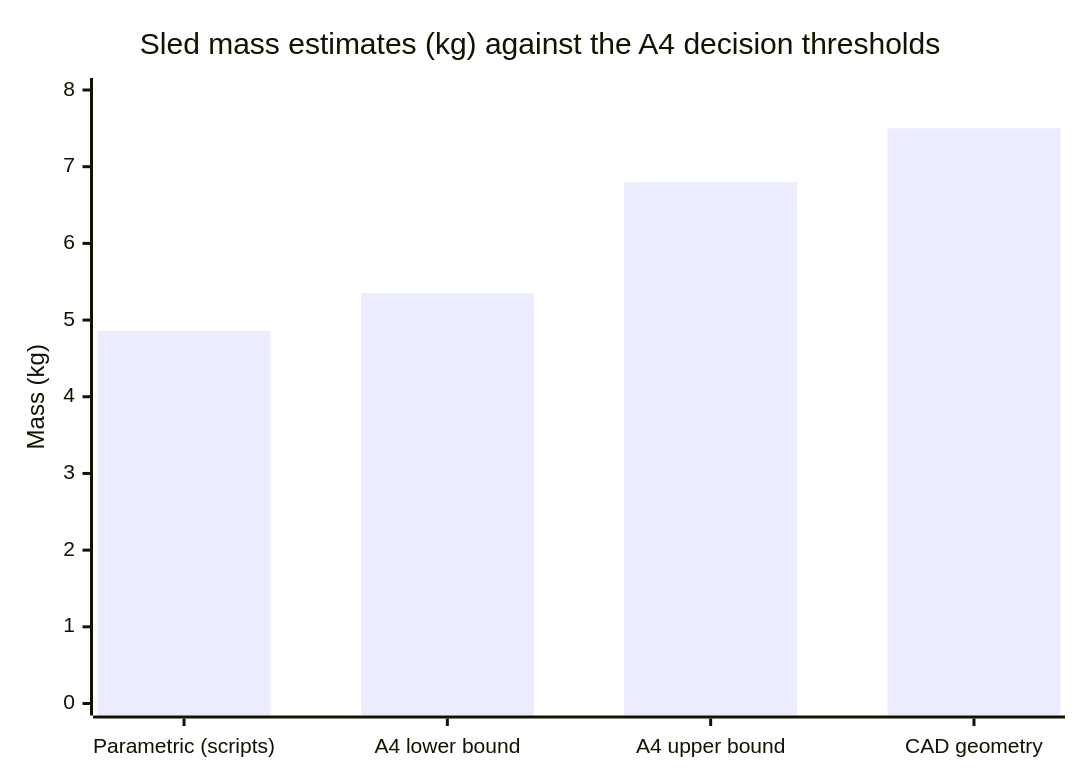
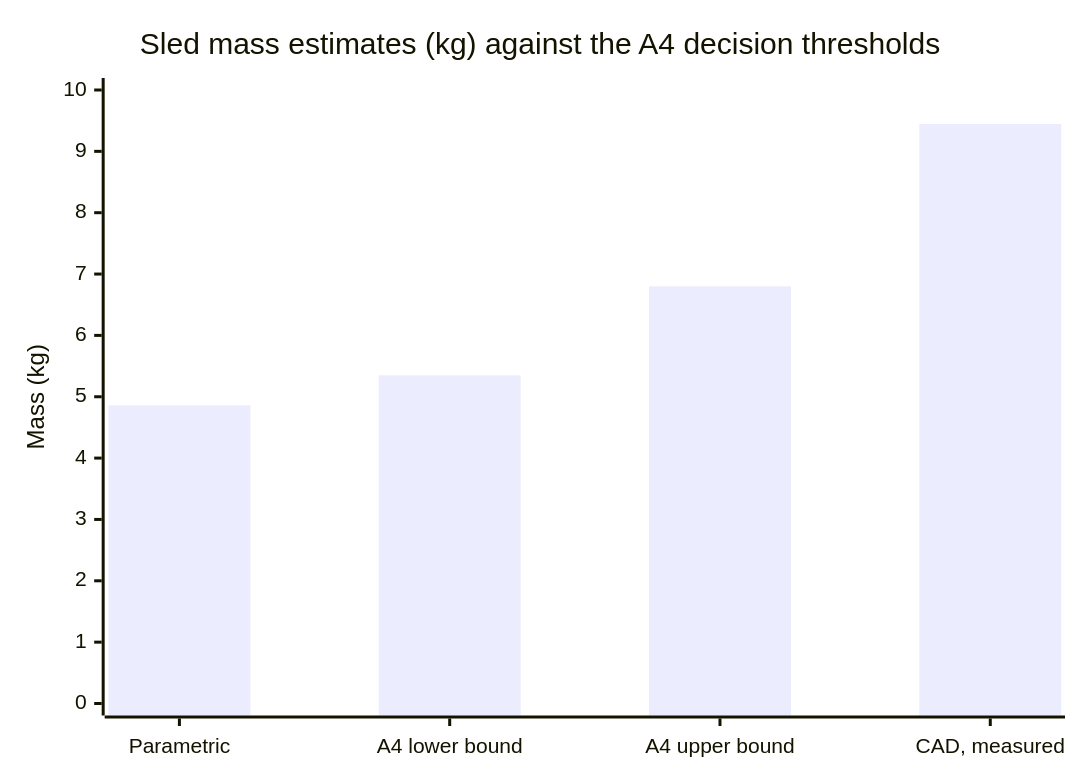
Before and after one commit to aaaaaaaaaaaavm/EMOCD: the seventh of 11 diagrams in RESULTS.md, drawn with Mermaid. The commit also changed other lines of this file and 2 other files, not shown here.

First line of the commit message:
docs: propagate the measured sled mass through the front pages

````diff
--- a/RESULTS.md
+++ b/RESULTS.md
@@ -137,7 +144,7 @@
 ```mermaid
 xychart-beta
     title "Sled mass estimates (kg) against the A4 decision thresholds"
-    x-axis ["Parametric (scripts)", "A4 lower bound", "A4 upper bound", "CAD geometry"]
-    y-axis "Mass (kg)" 0 --> 8
-    bar [4.86, 5.35, 6.80, 7.50]
+    x-axis ["Parametric", "A4 lower bound", "A4 upper bound", "CAD, measured"]
+    y-axis "Mass (kg)" 0 --> 10
+    bar [4.86, 5.35, 6.80, 9.445]
 ```
````
